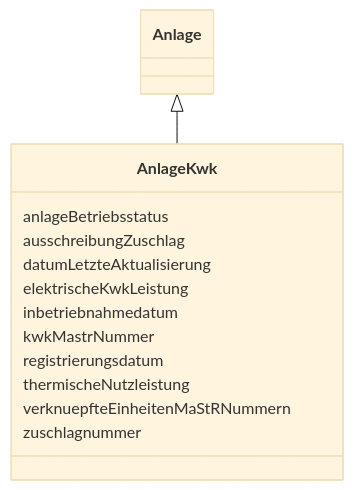
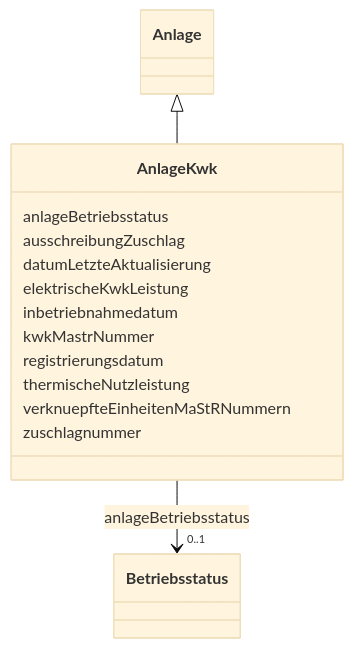
The diagram in docs/schema/classes/AnlageKwk.md (FlorianK13/mastr-model), drawn with Mermaid (base theme) before and after one commit. The commit also changed other lines of this file and 86 other files, not shown here.

````diff
--- a/docs/schema/classes/AnlageKwk.md
+++ b/docs/schema/classes/AnlageKwk.md
@@ -18,29 +18,38 @@
 ```mermaid
  classDiagram
     class AnlageKwk
     click AnlageKwk href "../../classes/AnlageKwk/"
       Anlage <|-- AnlageKwk
         click Anlage href "../../classes/Anlage/"
       
       AnlageKwk : anlageBetriebsstatus
+        
+          
+    
+        
+        
+        AnlageKwk --> "0..1" Betriebsstatus : anlageBetriebsstatus
+        click Betriebsstatus href "../../enums/Betriebsstatus/"
+    
+
         
       AnlageKwk : ausschreibungZuschlag
         
       AnlageKwk : datumLetzteAktualisierung
         
       AnlageKwk : elektrischeKwkLeistung
         
       AnlageKwk : inbetriebnahmedatum
         
       AnlageKwk : kwkMastrNummer
         
       AnlageKwk : registrierungsdatum
         
       AnlageKwk : thermischeNutzleistung
         
       AnlageKwk : verknuepfteEinheitenMaStRNummern
         
       AnlageKwk : zuschlagnummer
         
       
 ```
````
